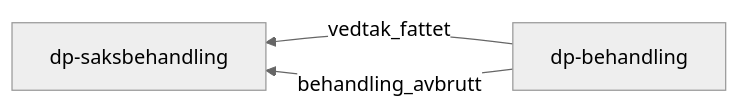
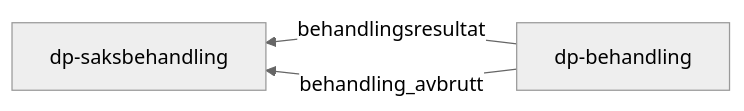
The third of 3 diagrams in dokumentasjon/Hendelseflyt.md (navikt/dp-saksbehandling), drawn with Mermaid (neutral theme) before and after one commit. The commit also changed 2 other files, not shown here.

Commit message:
Fjerne ubrukt kode

````diff
--- a/dokumentasjon/Hendelseflyt.md
+++ b/dokumentasjon/Hendelseflyt.md
@@ -19,5 +19,5 @@
 ```mermaid
 graph RL
-  A["dp-behandling"] --> |"vedtak_fattet"| B["dp-saksbehandling"]
+  A["dp-behandling"] --> |"behandlingsresultat"| B["dp-saksbehandling"]
   A["dp-behandling"] --> |"behandling_avbrutt"| B["dp-saksbehandling"]
 ```
````
